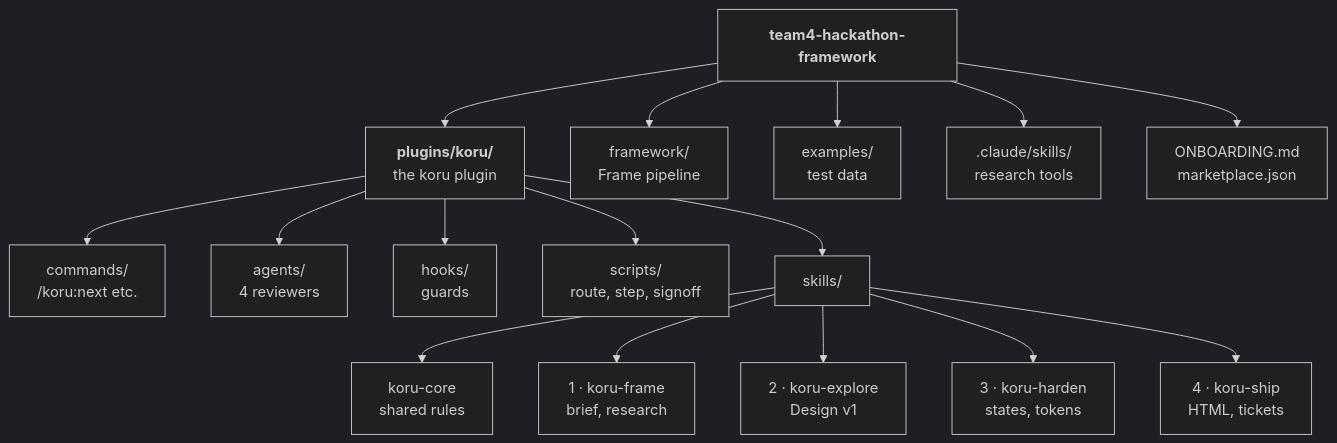
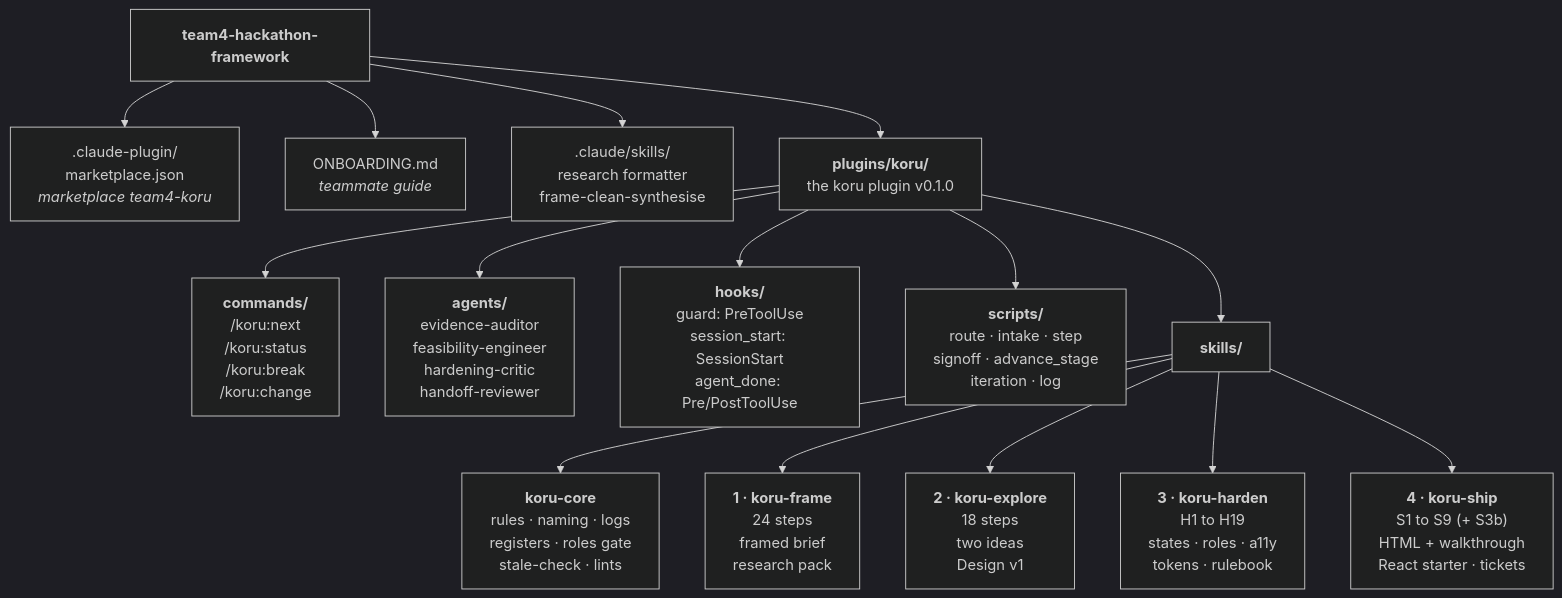
The diagram in README.md (chetnaS98/team4-hackathon-framework), drawn with Mermaid (dark theme) before and after one commit. The commit also changed other lines of this file and 1 other file, not shown here.

Commit message:
README: fuller site map, technical specifications; React starter in stage tables

````diff
--- a/README.md
+++ b/README.md
@@ -20,21 +20,20 @@
 ```mermaid
 flowchart TD
   repo["<b>team4-hackathon-framework</b>"]
-  repo --> plug["<b>plugins/koru/</b><br/>the koru plugin"]
-  repo --> fw["framework/<br/>Frame pipeline"]
-  repo --> ex["examples/<br/>test data"]
-  repo --> rs[".claude/skills/<br/>research tools"]
-  repo --> onb["ONBOARDING.md<br/>marketplace.json"]
+  repo --> mkt[".claude-plugin/<br/>marketplace.json<br/><i>marketplace team4-koru</i>"]
+  repo --> onb["ONBOARDING.md<br/><i>teammate guide</i>"]
+  repo --> rs[".claude/skills/<br/>research formatter<br/>frame-clean-synthesise"]
+  repo --> plug["<b>plugins/koru/</b><br/>the koru plugin v0.1.0"]
 
-  plug --> cmd["commands/<br/>/koru:next etc."]
-  plug --> ag["agents/<br/>4 reviewers"]
-  plug --> hk["hooks/<br/>guards"]
-  plug --> sc["scripts/<br/>route, step, signoff"]
-  plug --> sk["skills/"]
+  plug --> cmd["<b>commands/</b><br/>/koru:next<br/>/koru:status<br/>/koru:break<br/>/koru:change"]
+  plug --> ag["<b>agents/</b><br/>evidence-auditor<br/>feasibility-engineer<br/>hardening-critic<br/>handoff-reviewer"]
+  plug --> hk["<b>hooks/</b><br/>guard: PreToolUse<br/>session_start: SessionStart<br/>agent_done: Pre/PostToolUse"]
+  plug --> sc["<b>scripts/</b><br/>route · intake · step<br/>signoff · advance_stage<br/>iteration · log"]
+  plug --> sk["<b>skills/</b>"]
 
-  sk --> core["koru-core<br/>shared rules"]
-  sk --> fr["1 · koru-frame<br/>brief, research"]
-  sk --> exp["2 · koru-explore<br/>Design v1"]
-  sk --> hd["3 · koru-harden<br/>states, tokens"]
-  sk --> sh["4 · koru-ship<br/>HTML, tickets"]
+  sk --> core["<b>koru-core</b><br/>rules · naming · logs<br/>registers · roles gate<br/>stale-check · lints"]
+  sk --> fr["<b>1 · koru-frame</b><br/>24 steps<br/>framed brief<br/>research pack"]
+  sk --> exp["<b>2 · koru-explore</b><br/>18 steps<br/>two ideas<br/>Design v1"]
+  sk --> hd["<b>3 · koru-harden</b><br/>H1 to H19<br/>states · roles · a11y<br/>tokens · rulebook"]
+  sk --> sh["<b>4 · koru-ship</b><br/>S1 to S9 (+ S3b)<br/>HTML + walkthrough<br/>React starter · tickets"]
 ```
````
